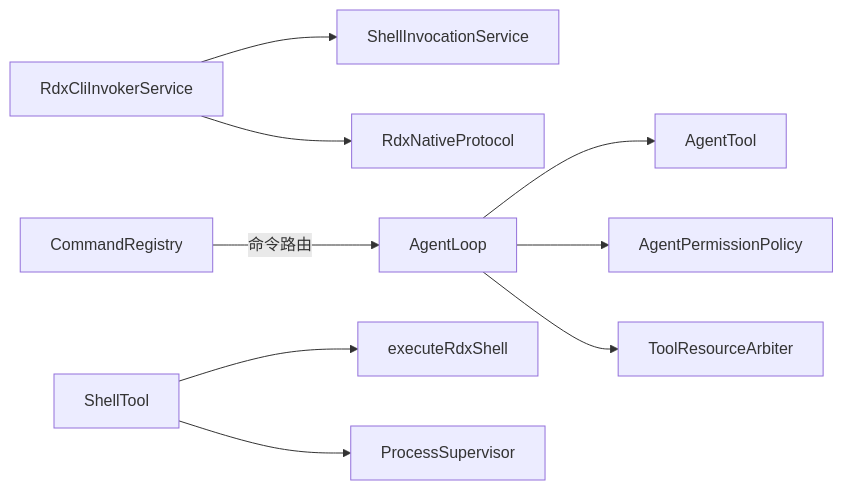
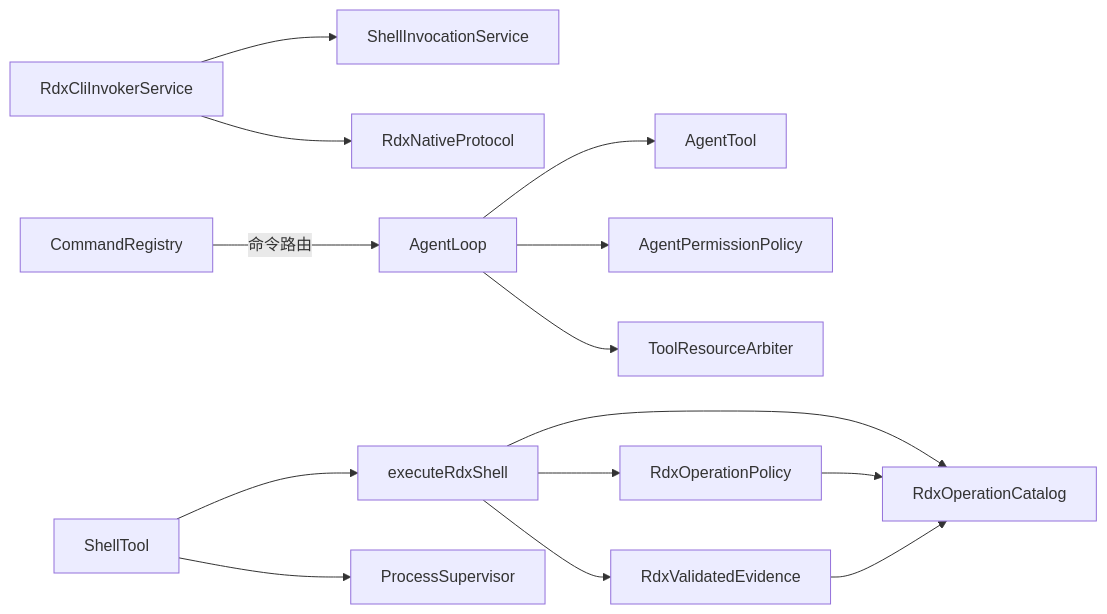
Diagram 15 of 15 in .qoder/repowiki/zh/content/核心模块/工具系统/工具系统.md (haolange/RDC-Agent), drawn with Mermaid before and after one commit. The commit also changed other lines of this file and 221 other files, not shown here.

````diff
--- a/.qoder/repowiki/zh/content/核心模块/工具系统/工具系统.md
+++ b/.qoder/repowiki/zh/content/核心模块/工具系统/工具系统.md
@@ -387,11 +583,16 @@
 ```mermaid
 graph LR
 RL["RdxCliInvokerService"] --> SI["ShellInvocationService"]
 RL --> RP["RdxNativeProtocol"]
 AL["AgentLoop"] --> AT["AgentTool"]
 AL --> AP["AgentPermissionPolicy"]
 AL --> TR["ToolResourceArbiter"]
 ST["ShellTool"] --> ER["executeRdxShell"]
 ST --> PS["ProcessSupervisor"]
 CR["CommandRegistry"] --> |"命令路由"| AL
+ER --> RC["RdxOperationCatalog"]
+ER --> OP["RdxOperationPolicy"]
+ER --> EV["RdxValidatedEvidence"]
+OP --> RC
+EV --> RC
 ```
````
